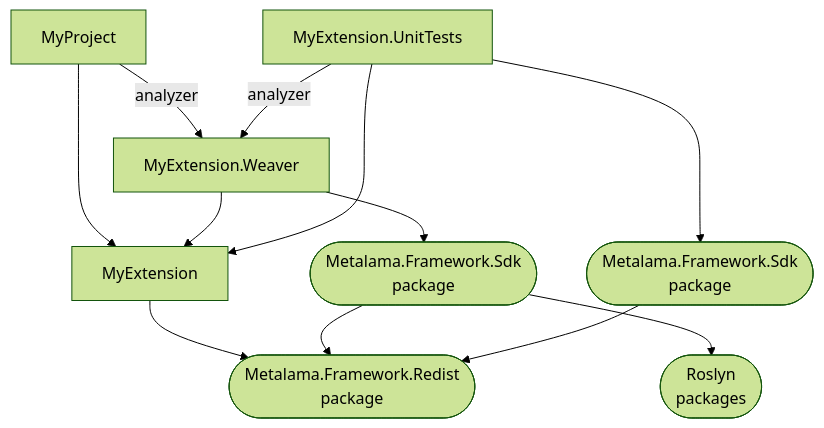
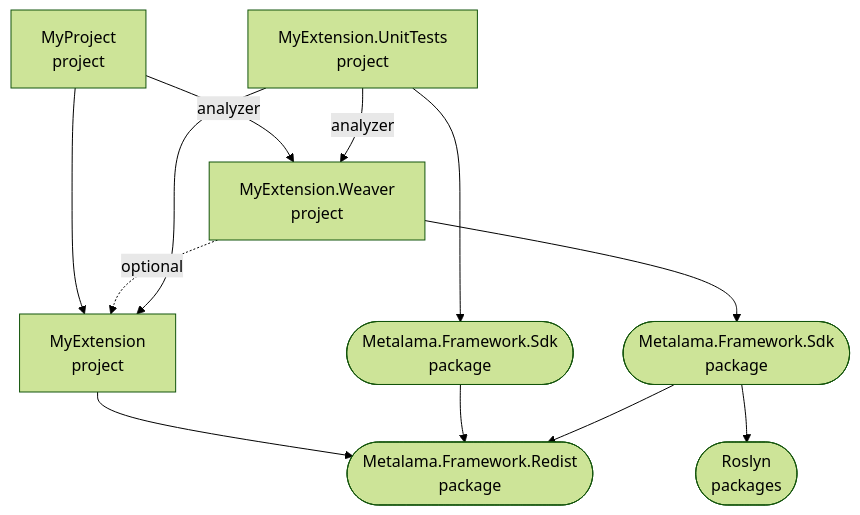
One commit to postsharp/Metalama.Documentation changed the diagram in conceptual/SDK/scaffolding.md. Above: the diagram before and after it, drawn with Mermaid (forest theme). The commit also changed other lines of this file and 1 other file, not shown here.

````diff
--- a/conceptual/SDK/scaffolding.md
+++ b/conceptual/SDK/scaffolding.md
@@ -18,20 +18,24 @@
 ```mermaid
 graph TD
 
     MyProject --> MyExtension
     MyProject -- analyzer --> MyExtension.Weaver
     MyExtension --> Metalama.Framework.Redist
-    MyExtension.Weaver --> MyExtension
+    MyExtension.Weaver -. optional .-> MyExtension
     MyExtension.Weaver --> Metalama.Framework.Sdk
     MyExtension.UnitTests --> MyExtension
     MyExtension.UnitTests -- analyzer --> MyExtension.Weaver
     MyExtension.UnitTests --> Metalama.TestFramework
     Metalama.Framework.Sdk --> Roslyn
+    Metalama.TestFramework --> Metalama.Framework.Redist
     Metalama.Framework.Sdk --> Metalama.Framework.Redist
-    Metalama.TestFramework --> Metalama.Framework.Redist
     
     Metalama.Framework.Sdk([Metalama.Framework.Sdk<br/>package])
     Roslyn([Roslyn<br/>packages])
     Metalama.Framework.Redist([Metalama.Framework.Redist<br/>package])
     Metalama.TestFramework([Metalama.Framework.Sdk<br/>package]) 
+    MyExtension[MyExtension<br/>project]
+    MyExtension.Weaver[MyExtension.Weaver<br/>project]
+    MyExtension.UnitTests[MyExtension.UnitTests<br/>project]
+    MyProject[MyProject<br/>project]
 ```
````
